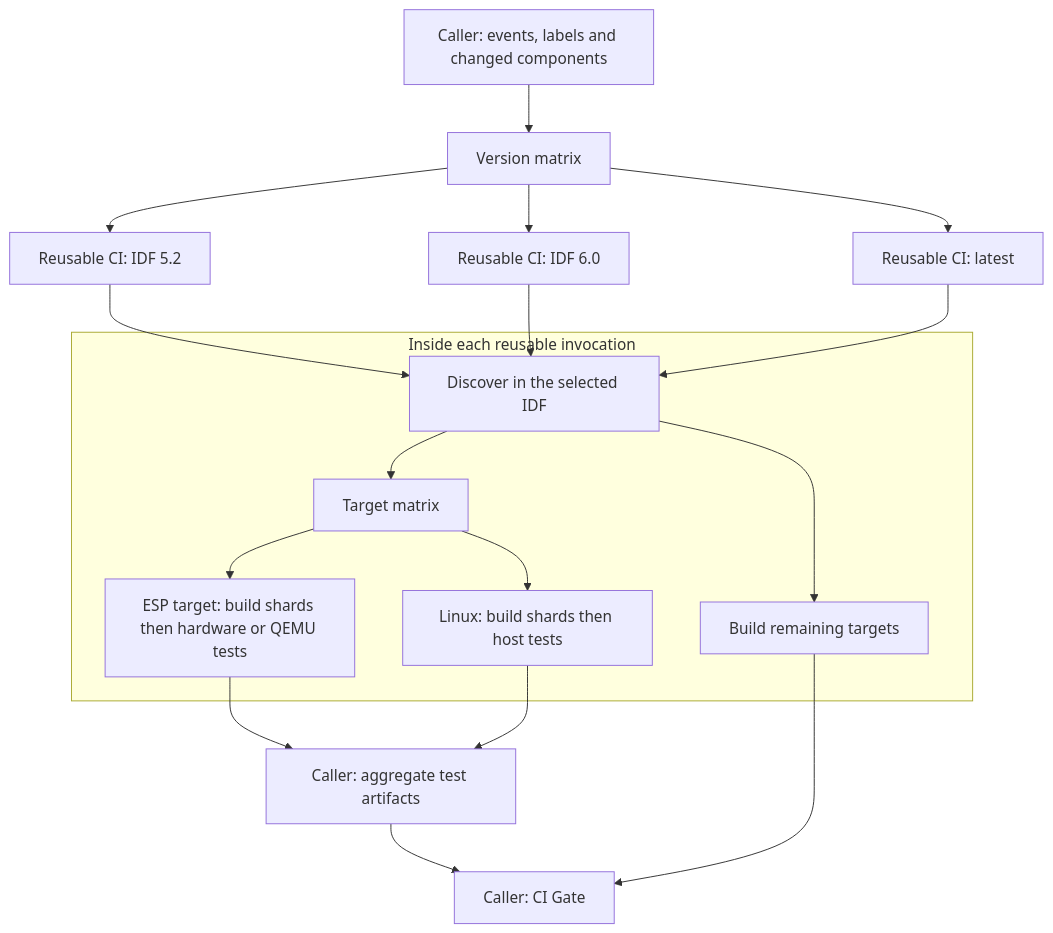
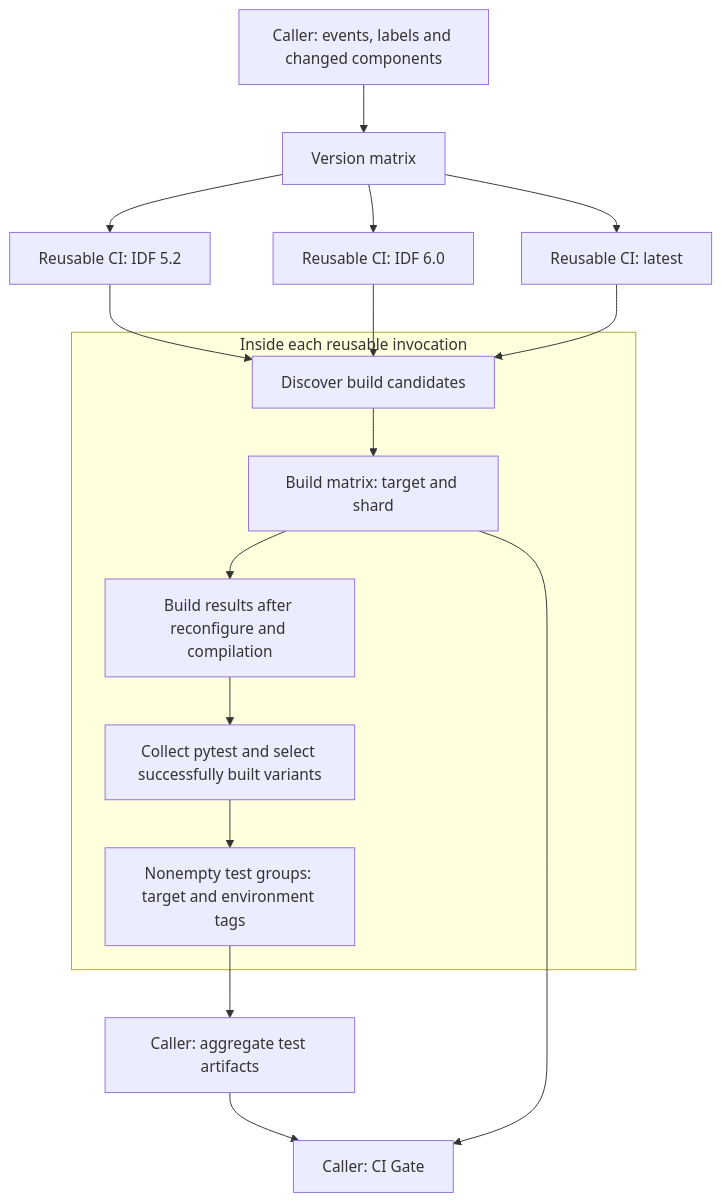
Before and after one commit to espressif/idf-extra-components: the diagram in .github/readme_workflows.md, drawn with Mermaid. The commit also changed other lines of this file and 10 other files, not shown here.

````diff
--- a/.github/readme_workflows.md
+++ b/.github/readme_workflows.md
@@ -10,20 +10,19 @@
 ```mermaid
 flowchart TD
     caller[Caller: events, labels and changed components] --> versions[Version matrix]
     versions --> v52[Reusable CI: IDF 5.2]
     versions --> v60[Reusable CI: IDF 6.0]
     versions --> latest[Reusable CI: latest]
     subgraph one[Inside each reusable invocation]
-        discover[Discover in the selected IDF] --> targets[Target matrix]
-        targets --> esp[ESP target: build shards then hardware or QEMU tests]
-        targets --> linux[Linux: build shards then host tests]
-        discover --> extra[Build remaining targets]
+        discover[Discover build candidates] --> builds[Build matrix: target and shard]
+        builds --> results[Build results after reconfigure and compilation]
+        results --> planner[Collect pytest and select successfully built variants]
+        planner --> tests[Nonempty test groups: target and environment tags]
     end
     v52 --> discover
     v60 --> discover
     latest --> discover
-    esp --> report[Caller: aggregate test artifacts]
-    linux --> report
+    tests --> report[Caller: aggregate test artifacts]
     report --> gate[Caller: CI Gate]
-    extra --> gate
+    builds --> gate
 ```
````
